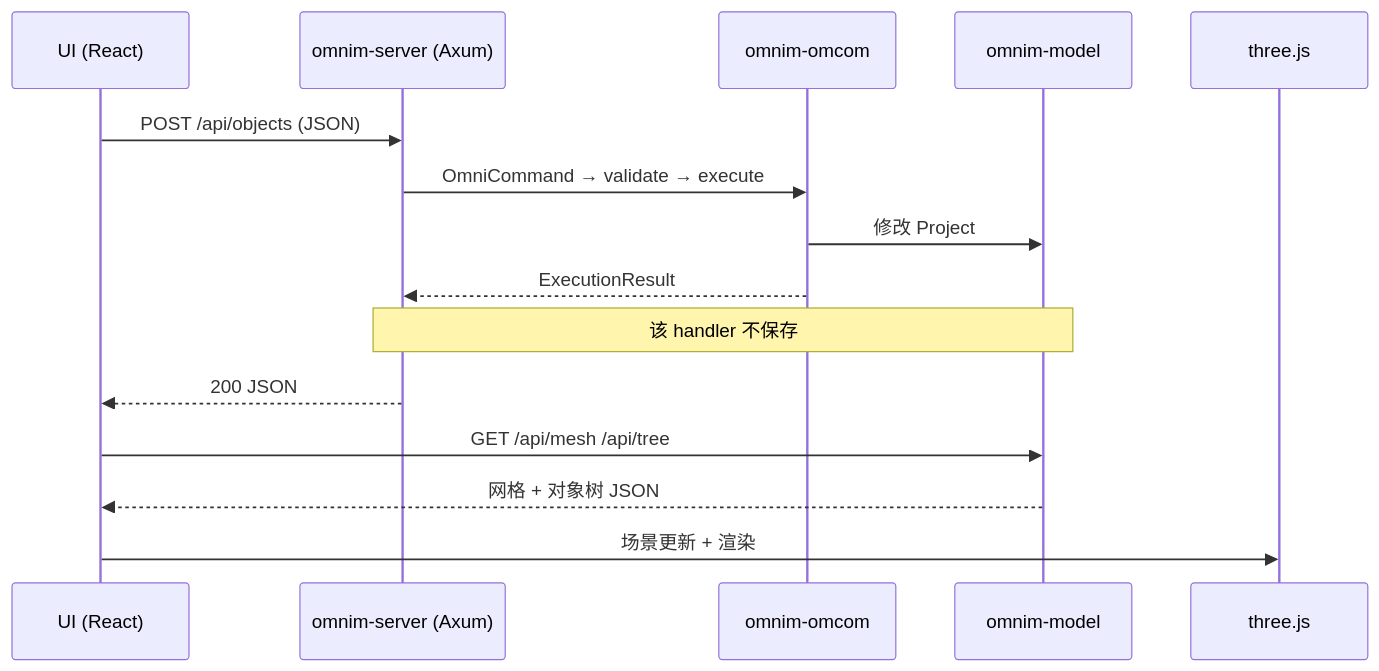
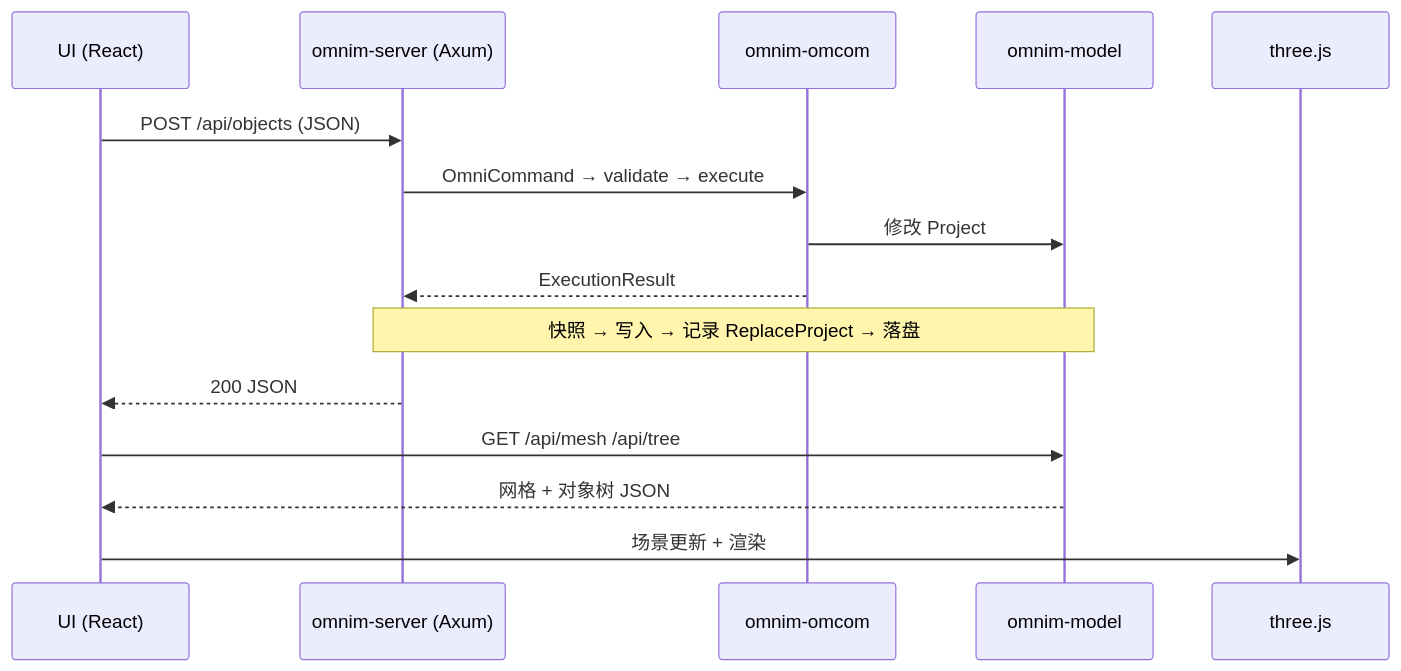
The first of 5 diagrams in docs/architecture/DATA_FLOW.zh-CN.md (ronekyng/OmniM), drawn with Mermaid before and after one commit. The commit also changed other lines of this file and 43 other files, not shown here.

````diff
--- a/docs/architecture/DATA_FLOW.zh-CN.md
+++ b/docs/architecture/DATA_FLOW.zh-CN.md
@@ -84,17 +85,17 @@
 ```mermaid
 sequenceDiagram
     participant U as UI (React)
     participant S as omnim-server (Axum)
     participant O as omnim-omcom
     participant M as omnim-model
     participant R as three.js
     U->>S: POST /api/objects (JSON)
     S->>O: OmniCommand → validate → execute
     O->>M: 修改 Project
     O-->>S: ExecutionResult
-    Note over S,M: 该 handler 不保存
+    Note over S,M: 快照 → 写入 → 记录 ReplaceProject → 落盘
     S-->>U: 200 JSON
     U->>M: GET /api/mesh /api/tree
     M-->>U: 网格 + 对象树 JSON
     U->>R: 场景更新 + 渲染
 ```
````
